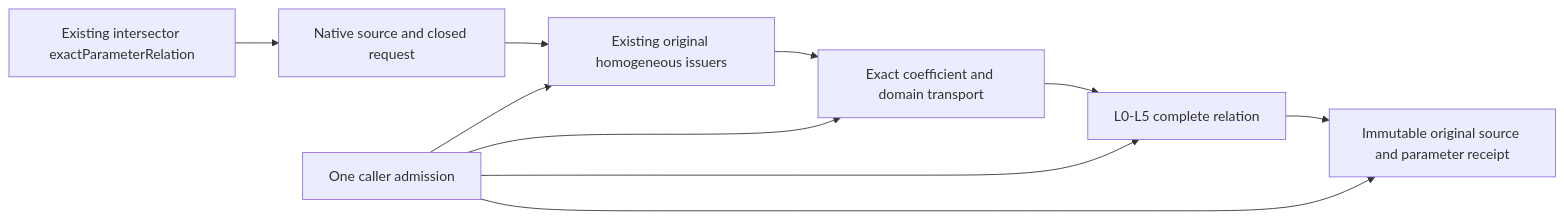
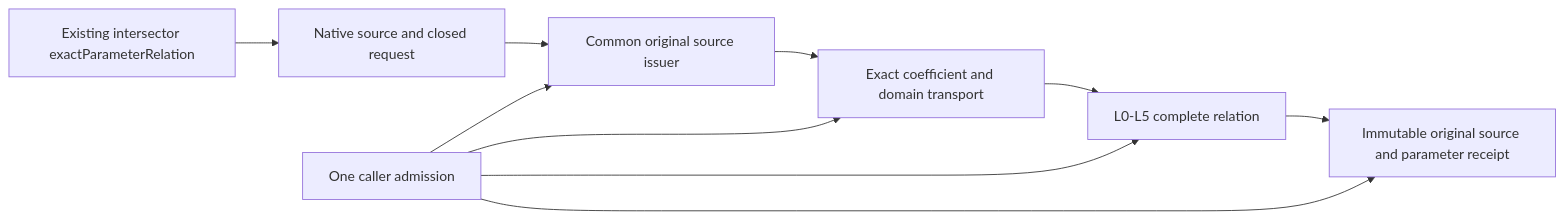
The diagram in Sources/CADGeometry/NativeExactRelations/DESIGN.md (1amageek/swift-CAD), drawn with Mermaid before and after one commit. The commit also changed other lines of this file and 16 other files, not shown here.

Commit message:
Use common source issuer for Native relation preparation

````diff
--- a/Sources/CADGeometry/NativeExactRelations/DESIGN.md
+++ b/Sources/CADGeometry/NativeExactRelations/DESIGN.md
@@ -31,12 +31,12 @@
 ```mermaid
 flowchart LR
  Q[Existing intersector exactParameterRelation] --> N[Native source and closed request]
- N --> H[Existing original homogeneous issuers]
+ N --> H[Common original source issuer]
  H --> T[Exact coefficient and domain transport]
  T --> L[L0-L5 complete relation]
  L --> R[Immutable original source and parameter receipt]
  A[One caller admission] --> H
  A --> T
  A --> L
  A --> R
 ```
````
